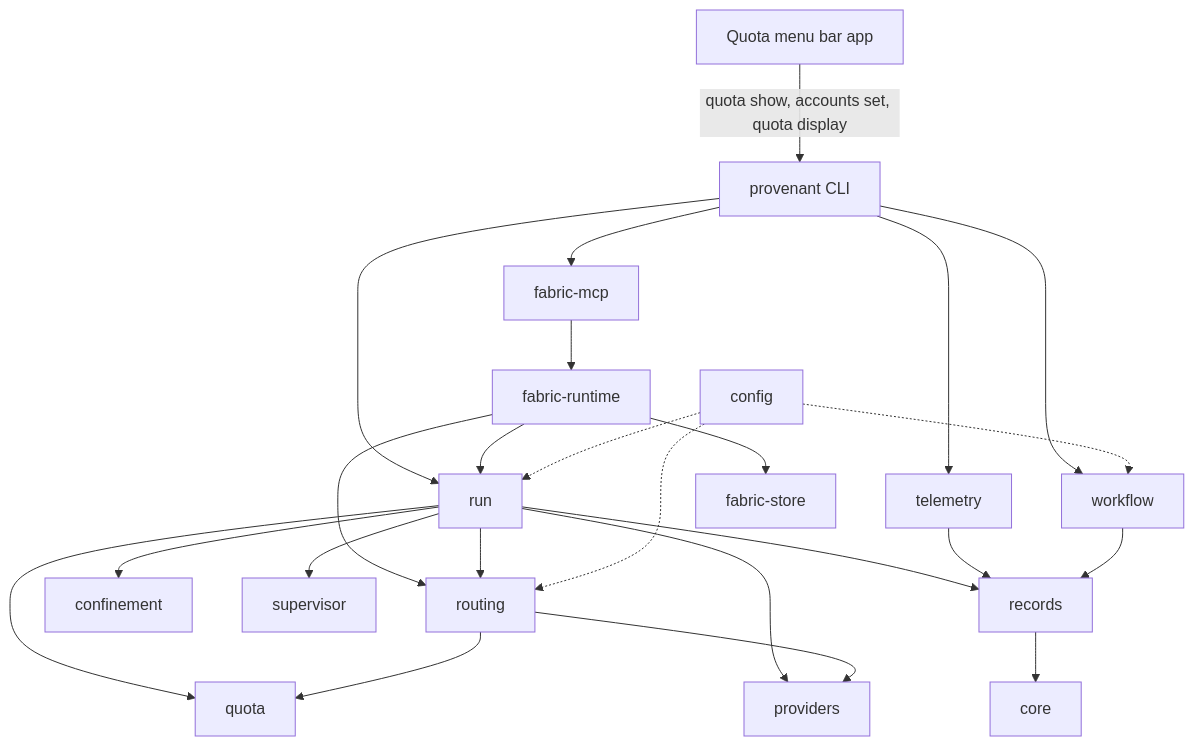
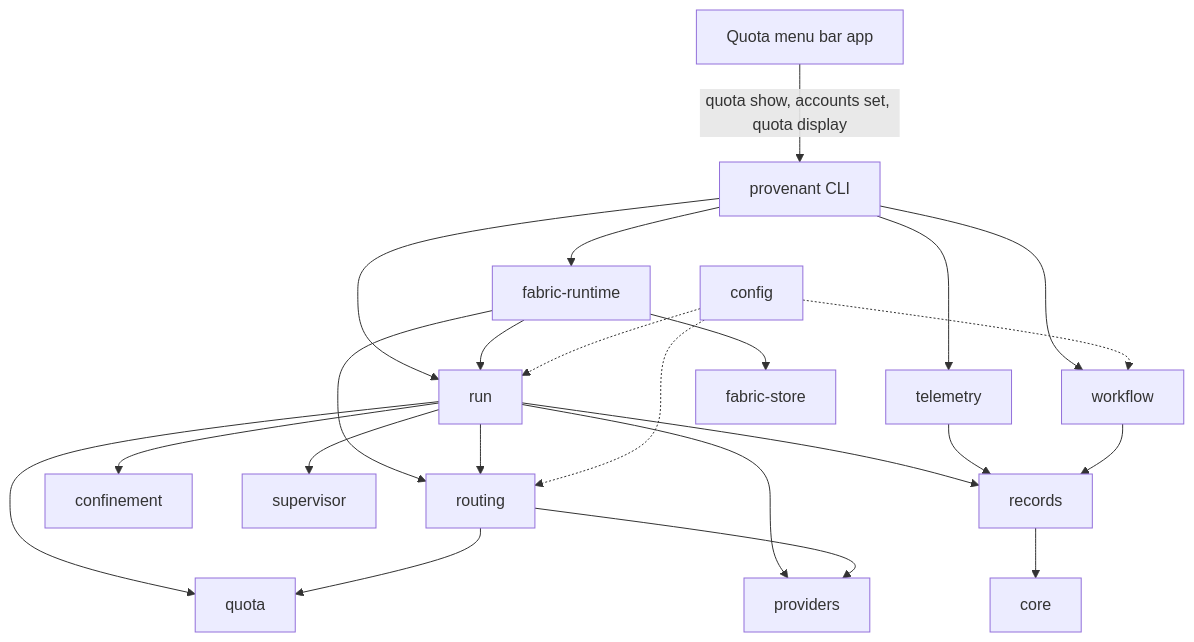
One commit to mblauberg/provenant changed the diagram in docs/ARCHITECTURE.md. Above: the diagram before and after it, drawn with Mermaid. The commit also changed other lines of this file and 159 other files, not shown here.

First line of the commit message:
feat(fabric)!: remove the MCP server; federation stays behind PeerTransport (#3078)

````diff
--- a/docs/ARCHITECTURE.md
+++ b/docs/ARCHITECTURE.md
@@ -25,28 +25,27 @@
 ```mermaid
 flowchart TB
     accTitle: System execution flow
     accDescr: The CLI and Fabric connect run, routing, providers, storage and shared records.
     App["Quota menu bar app"] -->|"quota show, accounts set, quota display"| CLI["provenant CLI"]
     CLI --> Run["run"]
     CLI --> Workflow["workflow"]
     CLI --> Telemetry["telemetry"]
-    CLI --> MCP["fabric-mcp"]
-    MCP --> Runtime["fabric-runtime"]
+    CLI --> Runtime["fabric-runtime"]
     Runtime --> Run
     Runtime --> FabricStore["fabric-store"]
     Runtime --> Routing
     Run --> Routing["routing"]
     Run --> Quota["quota"]
     Run --> Providers["providers"]
     Run --> Confinement["confinement"]
     Run --> Supervisor["supervisor"]
     Run --> Records["records"]
     Routing --> Quota
     Routing --> Providers
     Config["config"] -.-> Routing
     Config -.-> Run
     Config -.-> Workflow
     Telemetry --> Records
     Workflow --> Records
     Records --> Core["core"]
 ```
````
